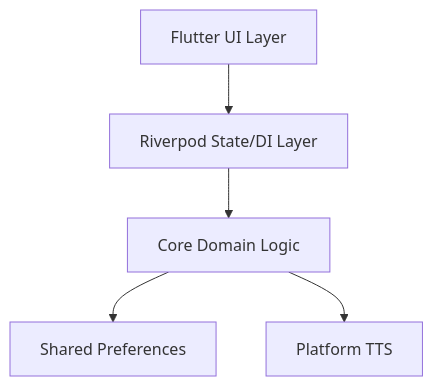
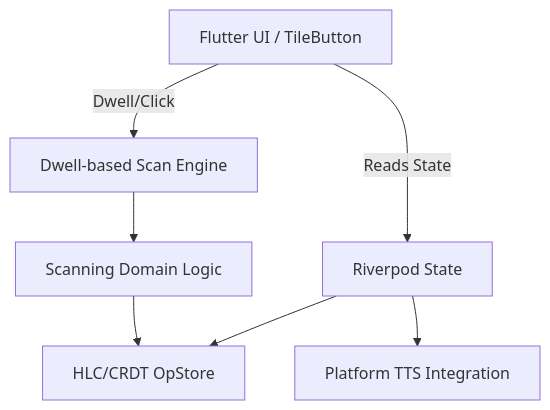
Before and after one commit to DARREN-2000/Tesservox-: the diagram in README.md, drawn with Mermaid. The commit also changed other lines of this file and 8 other files, not shown here.

````diff
--- a/README.md
+++ b/README.md
@@ -37,7 +17,9 @@
 ```mermaid
-graph TD;
-    UI[Flutter UI Layer] --> DI[Riverpod State/DI Layer];
-    DI --> Domain[Core Domain Logic];
-    Domain --> LocalStorage[Shared Preferences];
-    Domain --> TTS[Platform TTS];
+graph TD
+    UI[Flutter UI / TileButton] --> |Dwell/Click| ScanEngine
+    UI --> |Reads State| Riverpod[Riverpod State]
+    ScanEngine[Dwell-based Scan Engine] --> Domain[Scanning Domain Logic]
+    Domain --> OpStore[HLC/CRDT OpStore]
+    Riverpod --> OpStore
+    Riverpod --> PlatformTTS[Platform TTS Integration]
 ```
````
